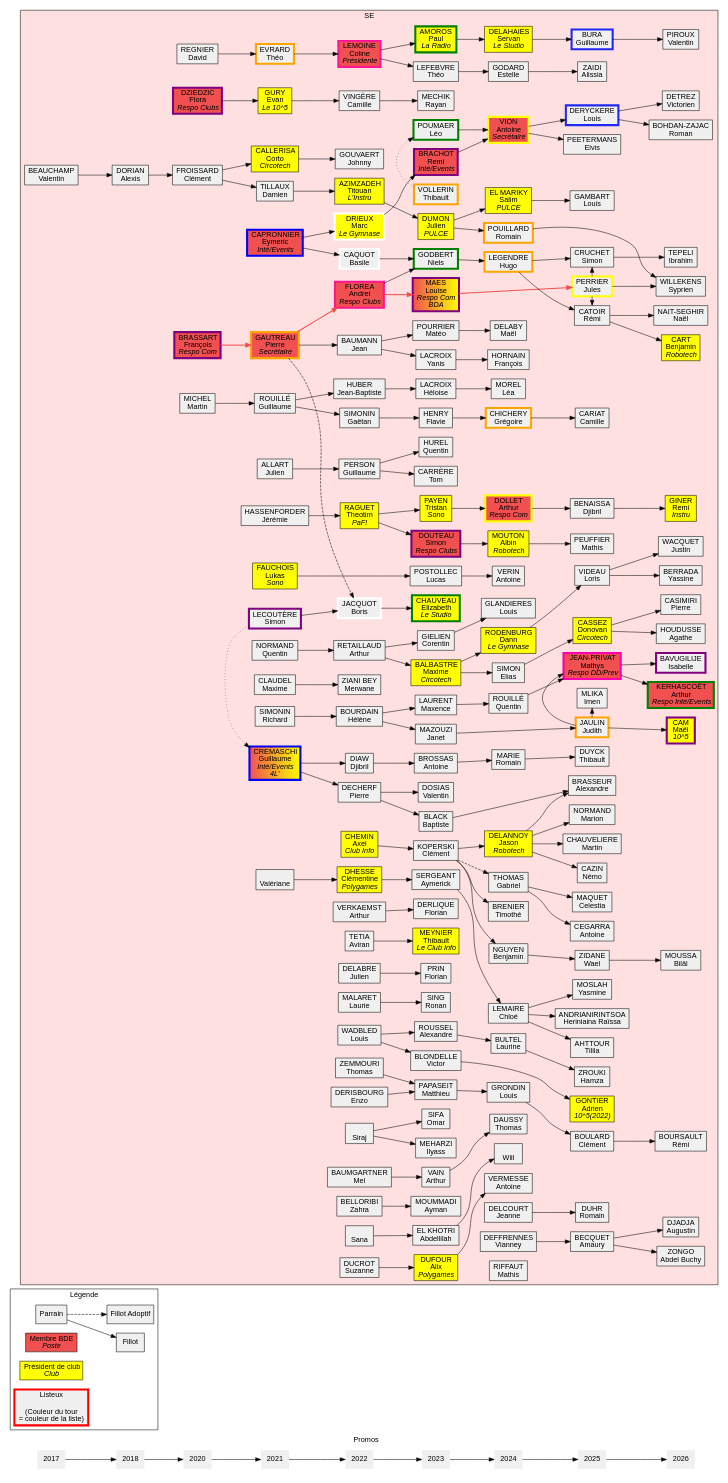
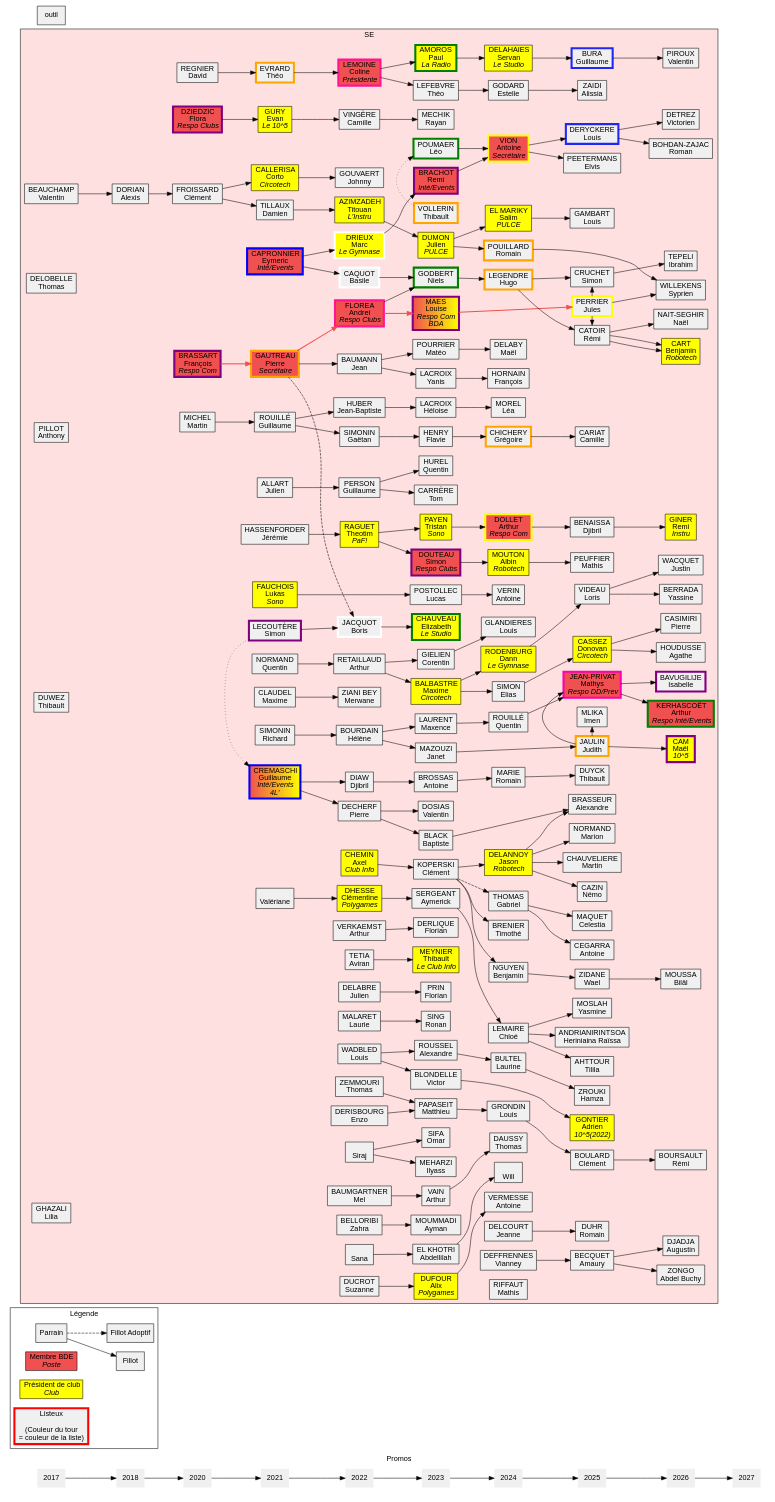
The diagram in se.dot (Scruchet/poly_gen), drawn with Graphviz before and after one commit.

Commit message:
Init  de la branche

```diff
--- a/se.dot
+++ b/se.dot
@@ -20,7 +20,7 @@
 		color = none;
 		node [shape = none];
 
-		"2017" -> "2018" -> "2020" -> "2021" -> "2022" -> "2023" -> "2024" -> "2025" -> "2026";
+		"2017" -> "2018" -> "2020" -> "2021" -> "2022" -> "2023" -> "2024" -> "2025" -> "2026" -> "2027";
 	}
     subgraph cluster_legende {
 		label = "Légende";
@@ -411,7 +411,7 @@
 				azongo	   [label = "ZONGO\nAbdel Buchy"];
 				bcart	   [label = <CART<BR/>Benjamin<BR/><I>Robotech</I>> fillcolor="yellow"];
 				}
-				rcatoir -> bcart ;
+				rcatoir->bcart ;
 				dcassez->pcasimiri;
 				dcassez->ahoudusse;
 				gbura->vpiroux;
@@ -430,7 +430,17 @@
 				abecquet->adjadja;
 				abecquet->azongo;
 				julesperr->swillekens;
-				romainpou->swillekens;				
+				romainpou->swillekens;
+
+	{rank = "same";
+				tdelobelle  [label = "DELOBELLE\nThomas"];
+				apillot [label = "PILLOT\nAnthony"];
+				tduwez	   [label = "DUWEZ\nThibault"];
+				lghazali	   [label = "GHAZALI\nLilia"];
+				
+				}
+				rcatoir -> bcart ;
+							
     }
-		
+		outil
 }
```
